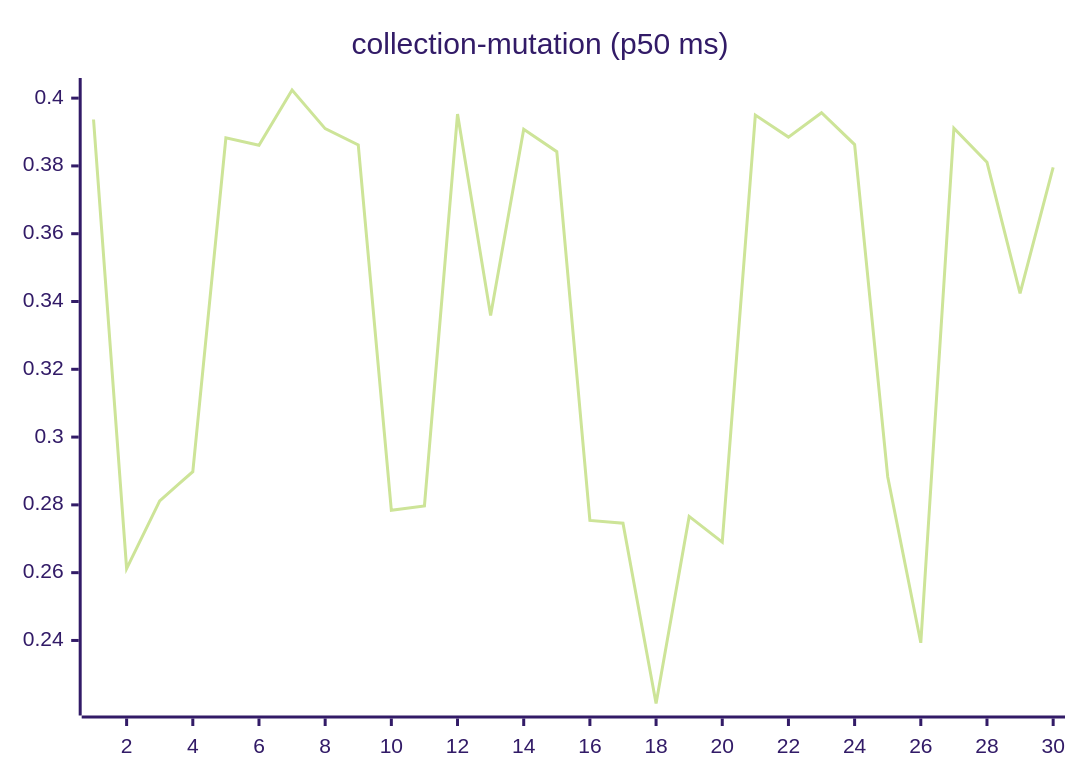
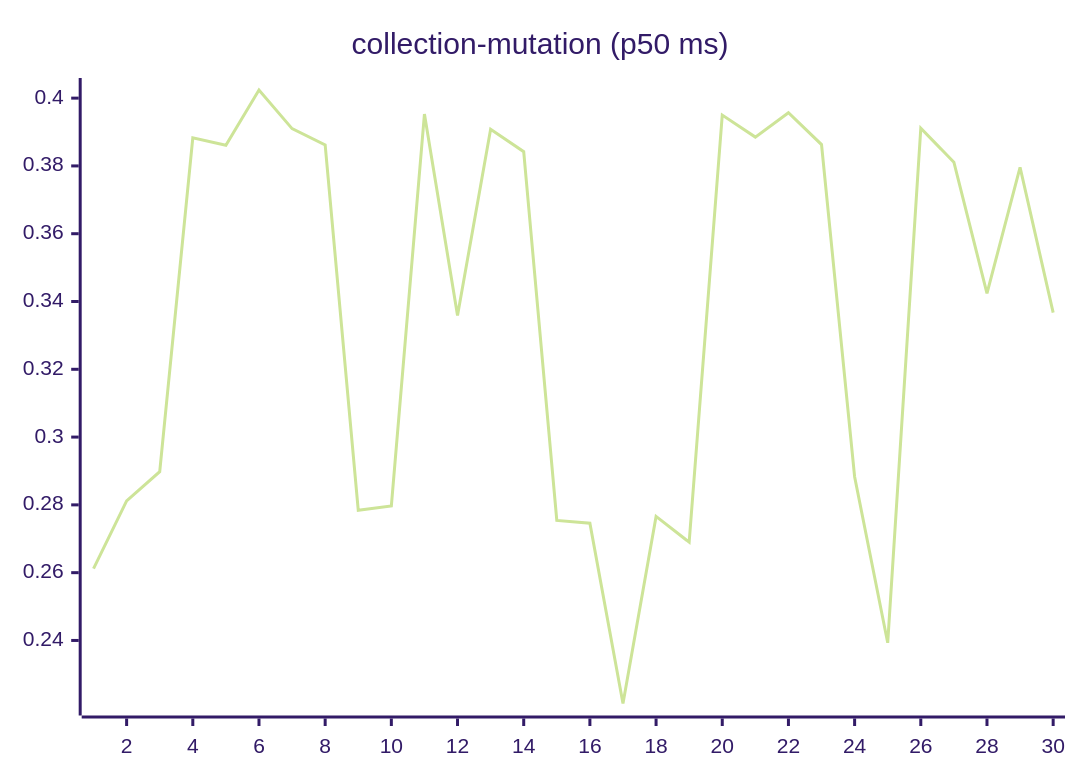
One commit to josha/Facet changed the sixth of 27 diagrams in README.md. Above: the diagram before and after it, drawn with Mermaid (forest theme). The commit also changed other lines of this file and 2 other files, not shown here.

````diff
--- a/README.md
+++ b/README.md
@@ -98,6 +98,6 @@
 ```mermaid
 xychart-beta
     title "collection-mutation (p50 ms)"
     x-axis 1 --> 30
-    line [0.3937, 0.2612, 0.2812, 0.2898, 0.3883, 0.3861, 0.4024, 0.3910, 0.3862, 0.2784, 0.2797, 0.3953, 0.3359, 0.3908, 0.3842, 0.2754, 0.2746, 0.2214, 0.2766, 0.2690, 0.3950, 0.3885, 0.3957, 0.3863, 0.2883, 0.2393, 0.3911, 0.3811, 0.3424, 0.3796]
+    line [0.2612, 0.2812, 0.2898, 0.3883, 0.3861, 0.4024, 0.3910, 0.3862, 0.2784, 0.2797, 0.3953, 0.3359, 0.3908, 0.3842, 0.2754, 0.2746, 0.2214, 0.2766, 0.2690, 0.3950, 0.3885, 0.3957, 0.3863, 0.2883, 0.2393, 0.3911, 0.3811, 0.3424, 0.3796, 0.3367]
 ```
````
